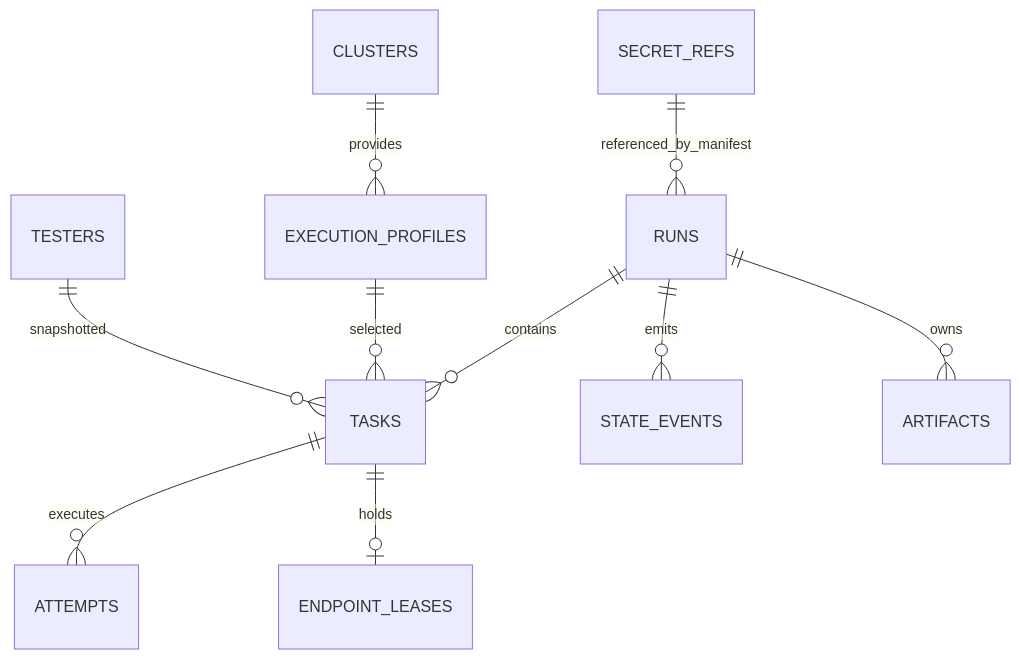
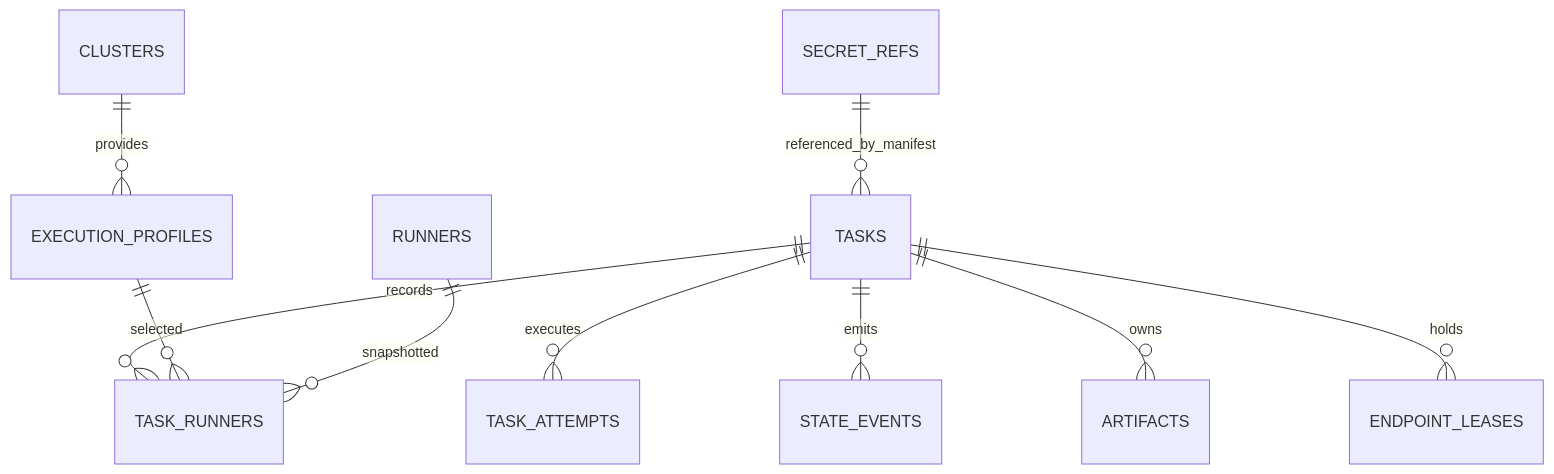
The diagram in design/views/03-data-view.md (ucm-system/testplane), drawn with Mermaid before and after one commit. The commit also changed other lines of this file and 471 other files, not shown here.

````diff
--- a/design/views/03-data-view.md
+++ b/design/views/03-data-view.md
@@ -27,12 +29,12 @@
 ```mermaid
 erDiagram
-    RUNS ||--o{ TASKS : contains
-    RUNS ||--o{ STATE_EVENTS : emits
-    RUNS ||--o{ ARTIFACTS : owns
-    TASKS ||--o{ ATTEMPTS : executes
-    TASKS ||--o| ENDPOINT_LEASES : holds
+    TASKS ||--o{ TASK_ATTEMPTS : executes
+    TASKS ||--o{ TASK_RUNNERS : records
+    TASKS ||--o{ STATE_EVENTS : emits
+    TASKS ||--o{ ARTIFACTS : owns
+    TASKS ||--o{ ENDPOINT_LEASES : holds
     CLUSTERS ||--o{ EXECUTION_PROFILES : provides
-    EXECUTION_PROFILES ||--o{ TASKS : selected
-    TESTERS ||--o{ TASKS : snapshotted
-    SECRET_REFS ||--o{ RUNS : referenced_by_manifest
+    EXECUTION_PROFILES ||--o{ TASK_RUNNERS : selected
+    RUNNERS ||--o{ TASK_RUNNERS : snapshotted
+    SECRET_REFS ||--o{ TASKS : referenced_by_manifest
 ```
````
